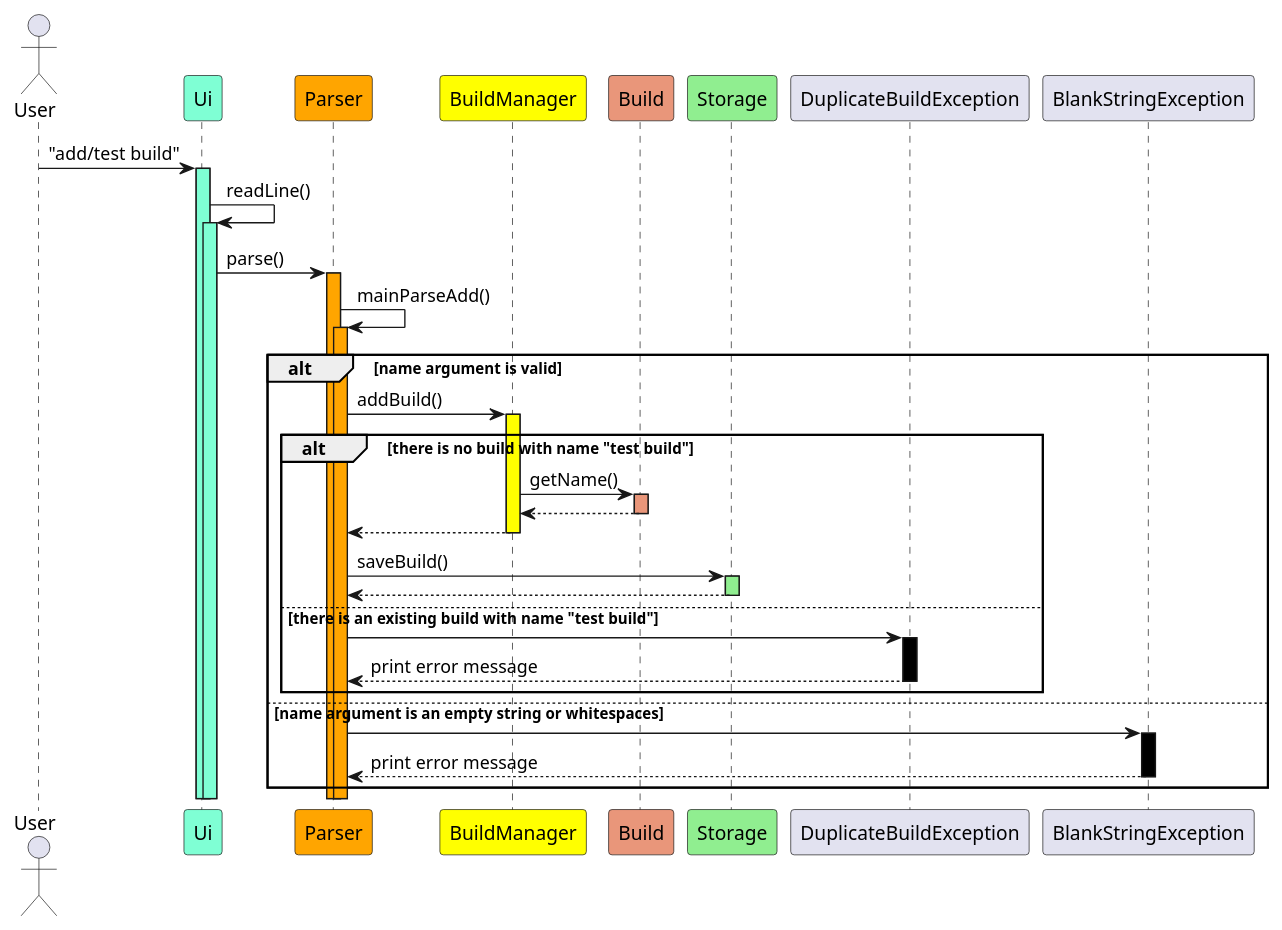
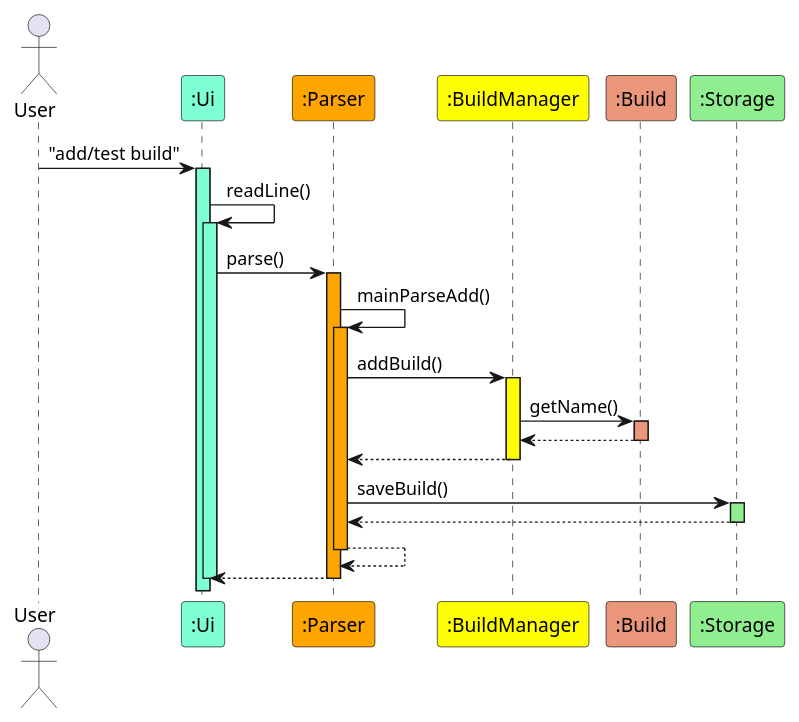
Before and after one commit to nus-cs2113-AY2223S1/tp: the diagram in docs/puml/BuildManagerAddBuildSequence.puml, drawn with PlantUML. The commit also changed 1 other file, not shown here.

Commit message:
Edited UG and Sequence Diagram

```diff
--- a/docs/puml/BuildManagerAddBuildSequence.puml
+++ b/docs/puml/BuildManagerAddBuildSequence.puml
@@ -1,45 +1,37 @@
 @startuml
 'https://plantuml.com/sequence-diagram
 
 actor User
-Participant "Ui" as Ui #AquaMarine
-Participant "Parser" as Parser #Orange
-Participant "BuildManager" as BuildManager #Yellow
-Participant "Build" as Build #DarkSalmon
-Participant "Storage" as Storage #LightGreen
+Participant ":Ui" as Ui #AquaMarine
+Participant ":Parser" as Parser #Orange
+Participant ":BuildManager" as BuildManager #Yellow
+Participant ":Build" as Build #DarkSalmon
+Participant ":Storage" as Storage #LightGreen
 
 User -> Ui ++ #AquaMarine : "add/test build"
 
 Ui -> Ui ++ #AquaMarine : readLine()
 
 Ui -> Parser ++ #Orange : parse()
 
 Parser -> Parser ++ #Orange : mainParseAdd()
 
-alt name argument is valid
+Parser -> BuildManager ++ #Yellow : addBuild()
 
-    Parser -> BuildManager ++ #Yellow : addBuild()
+BuildManager -> Build ++ #DarkSalmon : getName()
+return
 
-    alt there is no build with name "test build"
+return
 
-        BuildManager -> Build ++ #DarkSalmon : getName()
-        return
+Parser -> Storage ++ #LightGreen : saveBuild()
+return
 
-        return
+return
 
-        Parser -> Storage ++ #LightGreen : saveBuild()
-        return
+return
 
-    else there is an existing build with name "test build"
+deactivate Parser
+deactivate Ui
 
-        Parser -> DuplicateBuildException ++ #Black
-        return print error message
-    end
-
-else name argument is an empty string or whitespaces
-
-    Parser -> BlankStringException ++ #Black
-    return print error message
-end
 
 @enduml
```
